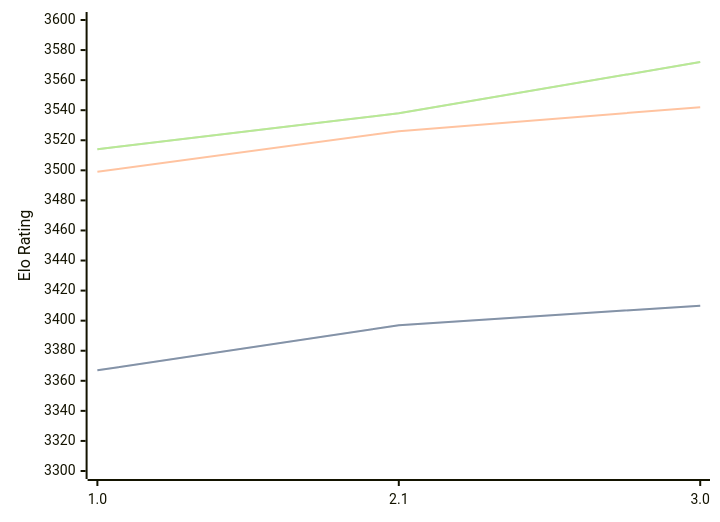
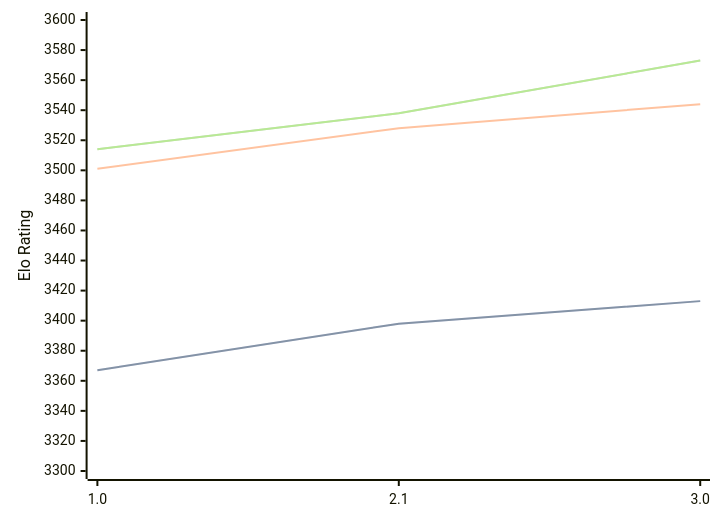
Before and after one commit to computer-chess-index/cci: the diagram in engines/Hobbes.md, drawn with Mermaid. The commit also changed other lines of this file, not shown here.

Commit message:
Update CCI Ratings (ELO VLTC) - 2026-08-21

````diff
--- a/engines/Hobbes.md
+++ b/engines/Hobbes.md
@@ -33,11 +33,11 @@
 ```mermaid
 %%{init: {"theme":"base","themeVariables":{"seriesColors:['#a3a3a3','#222221','#faa371']}}}%%
 xychart-beta
   x-axis ["1.0", "2.1", "3.0"]
   y-axis "Elo Rating" 3300 --> 3600
-  line "STC (8.0+0.08s)" [3367, 3397, 3410]
-  line "STC (8.0+0.08s)" [3367, 3397, 3410]
-  line "LTC (60.0+0.60s)" [3499, 3526, 3542]
-  line "VLTC (2m24s+1.12s)" [3514, 3538, 3572]
-  line "VLTC (2m24s+1.12s)" [3514, 3538, 3572]
+  line "STC (8.0+0.08s)" [3367, 3398, 3413]
+  line "STC (8.0+0.08s)" [3367, 3398, 3413]
+  line "LTC (60.0+0.60s)" [3501, 3528, 3544]
+  line "VLTC (2m24s+1.12s)" [3514, 3538, 3573]
+  line "VLTC (2m24s+1.12s)" [3514, 3538, 3573]
 ```
````
